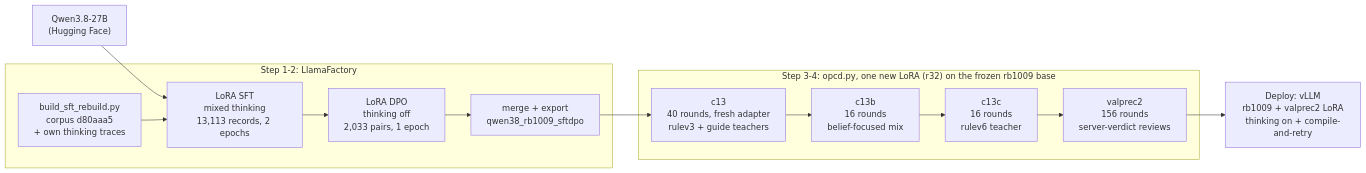
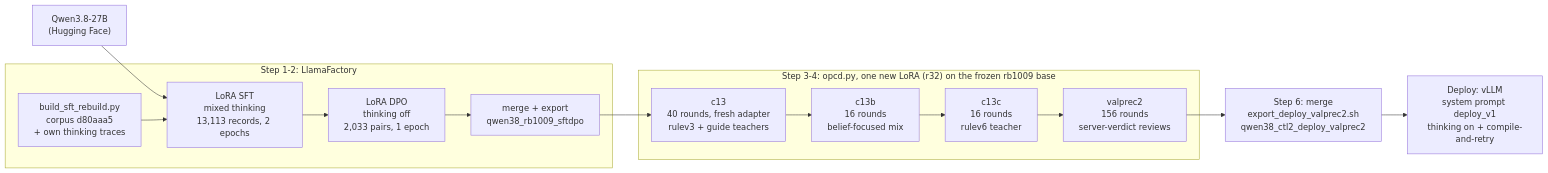
The first of 8 diagrams in spec/model_rebuild_howto.md (dpavlis/ctl_llm_validation), drawn with Mermaid before and after one commit. The commit also changed other lines of this file, not shown here.

````diff
--- a/spec/model_rebuild_howto.md
+++ b/spec/model_rebuild_howto.md
@@ -39,19 +40,20 @@
 ```mermaid
 flowchart LR
     Q["Qwen3.8-27B<br/>(Hugging Face)"]
     subgraph S1["Step 1-2: LlamaFactory"]
         D["build_sft_rebuild.py<br/>corpus d80aaa5<br/>+ own thinking traces"]
         SFT["LoRA SFT<br/>mixed thinking<br/>13,113 records, 2 epochs"]
         DPO["LoRA DPO<br/>thinking off<br/>2,033 pairs, 1 epoch"]
         M["merge + export<br/>qwen38_rb1009_sftdpo"]
     end
     subgraph S3["Step 3-4: opcd.py, one new LoRA (r32) on the frozen rb1009 base"]
         C13["c13<br/>40 rounds, fresh adapter<br/>rulev3 + guide teachers"]
         C13B["c13b<br/>16 rounds<br/>belief-focused mix"]
         C13C["c13c<br/>16 rounds<br/>rulev6 teacher"]
         VP2["valprec2<br/>156 rounds<br/>server-verdict reviews"]
     end
-    DEP["Deploy: vLLM<br/>rb1009 + valprec2 LoRA<br/>thinking on + compile-and-retry"]
+    MX["Step 6: merge<br/>export_deploy_valprec2.sh<br/>qwen38_ctl2_deploy_valprec2"]
+    DEP["Deploy: vLLM<br/>system prompt deploy_v1<br/>thinking on + compile-and-retry"]
     Q --> SFT
-    D --> SFT --> DPO --> M --> C13 --> C13B --> C13C --> VP2 --> DEP
+    D --> SFT --> DPO --> M --> C13 --> C13B --> C13C --> VP2 --> MX --> DEP
 ```
````
